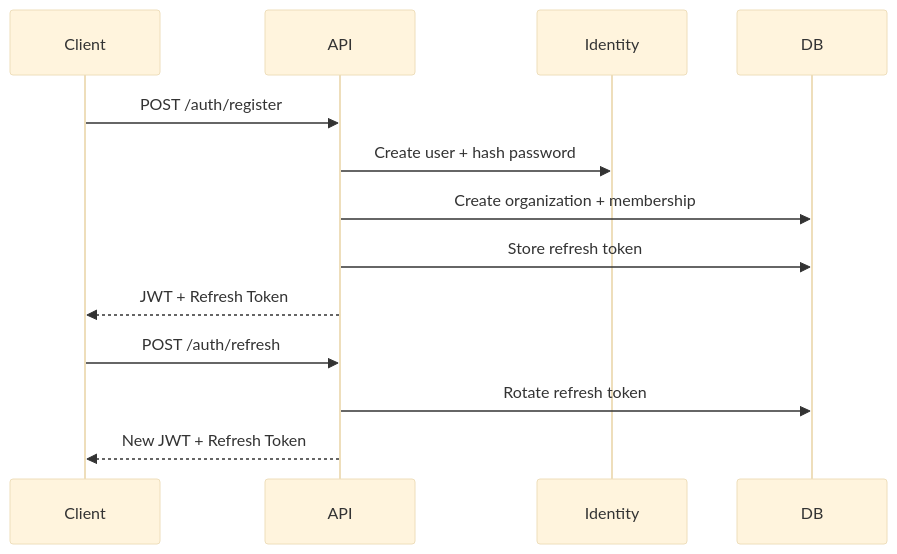
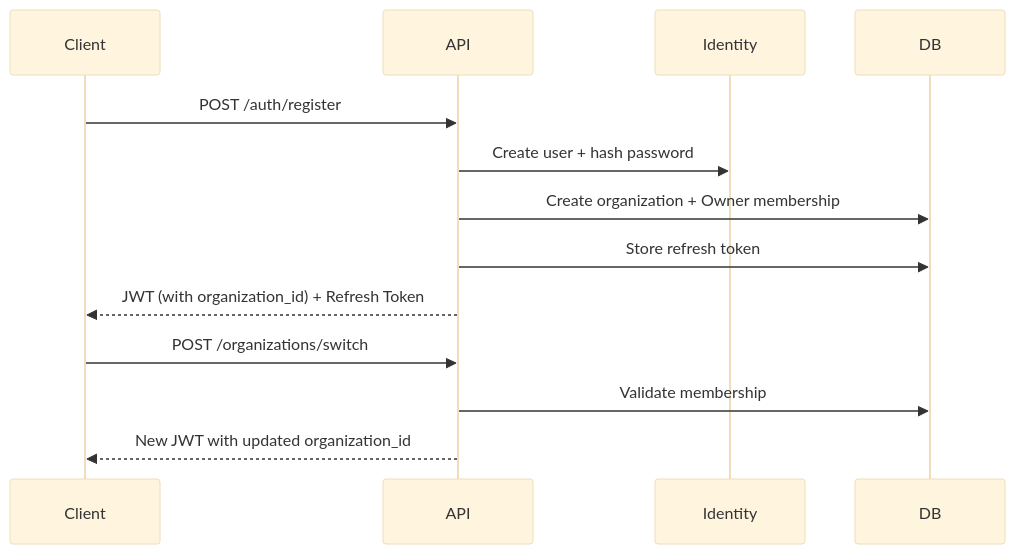
The third of 3 diagrams in README.md (PranjalAgrawal10/podpilot), drawn with Mermaid (base theme) before and after one commit. The commit also changed other lines of this file and 114 other files, not shown here.

````diff
--- a/README.md
+++ b/README.md
@@ -73,17 +130,17 @@
 ```mermaid
 sequenceDiagram
     participant Client
     participant API
     participant Identity
     participant DB
 
     Client->>API: POST /auth/register
     API->>Identity: Create user + hash password
-    API->>DB: Create organization + membership
+    API->>DB: Create organization + Owner membership
     API->>DB: Store refresh token
-    API-->>Client: JWT + Refresh Token
+    API-->>Client: JWT (with organization_id) + Refresh Token
 
-    Client->>API: POST /auth/refresh
-    API->>DB: Rotate refresh token
-    API-->>Client: New JWT + Refresh Token
+    Client->>API: POST /organizations/switch
+    API->>DB: Validate membership
+    API-->>Client: New JWT with updated organization_id
 ```
````
